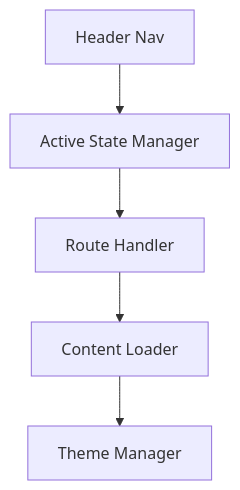
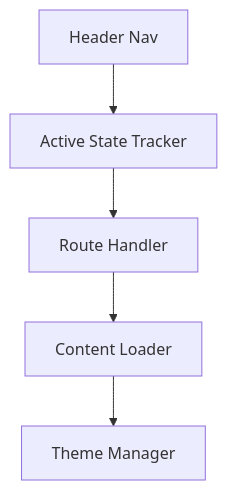
The third of 3 diagrams in memory/rolodexterGPT-memory/architecture.md (rolodexter/rolodexter3), drawn with Mermaid before and after one commit. The commit also changed other lines of this file and 9 other files, not shown here.

````diff
--- a/memory/rolodexterGPT-memory/architecture.md
+++ b/memory/rolodexterGPT-memory/architecture.md
@@ -35,7 +33,7 @@
-  ```mermaid
-  graph TD
-      A[Header Nav] --> B[Active State Manager]
-      B --> C[Route Handler]
-      C --> D[Content Loader]
-      D --> E[Theme Manager]
-  ```
+```mermaid
+graph TD
+    A[Header Nav] --> B[Active State Tracker]
+    B --> C[Route Handler]
+    C --> D[Content Loader]
+    D --> E[Theme Manager]
+```
````
